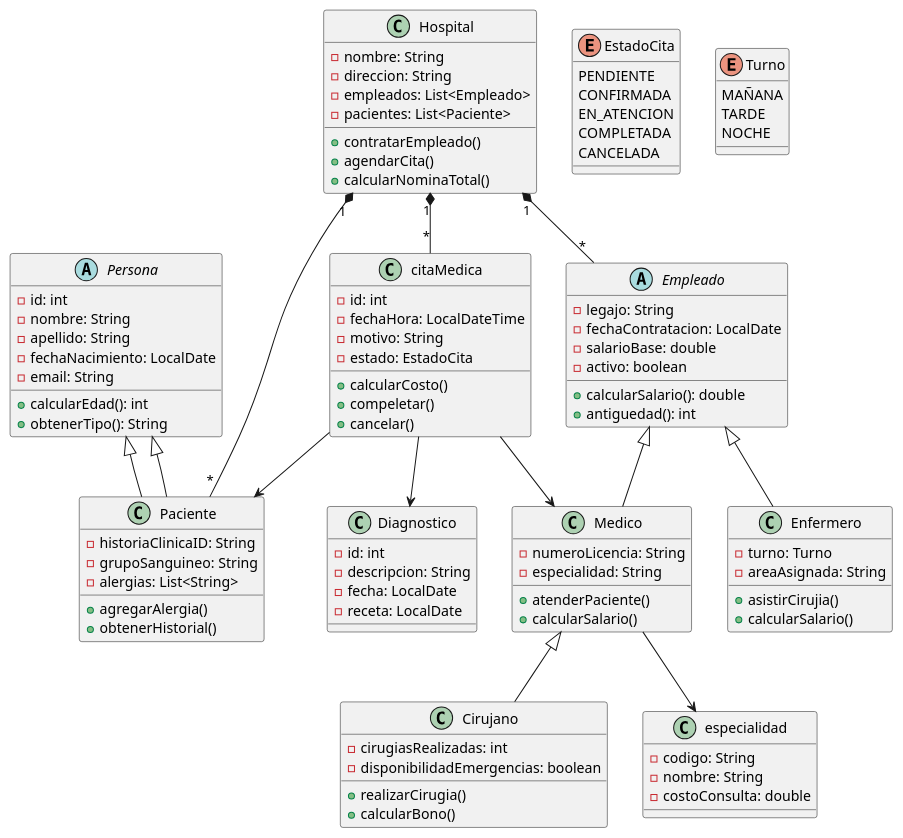
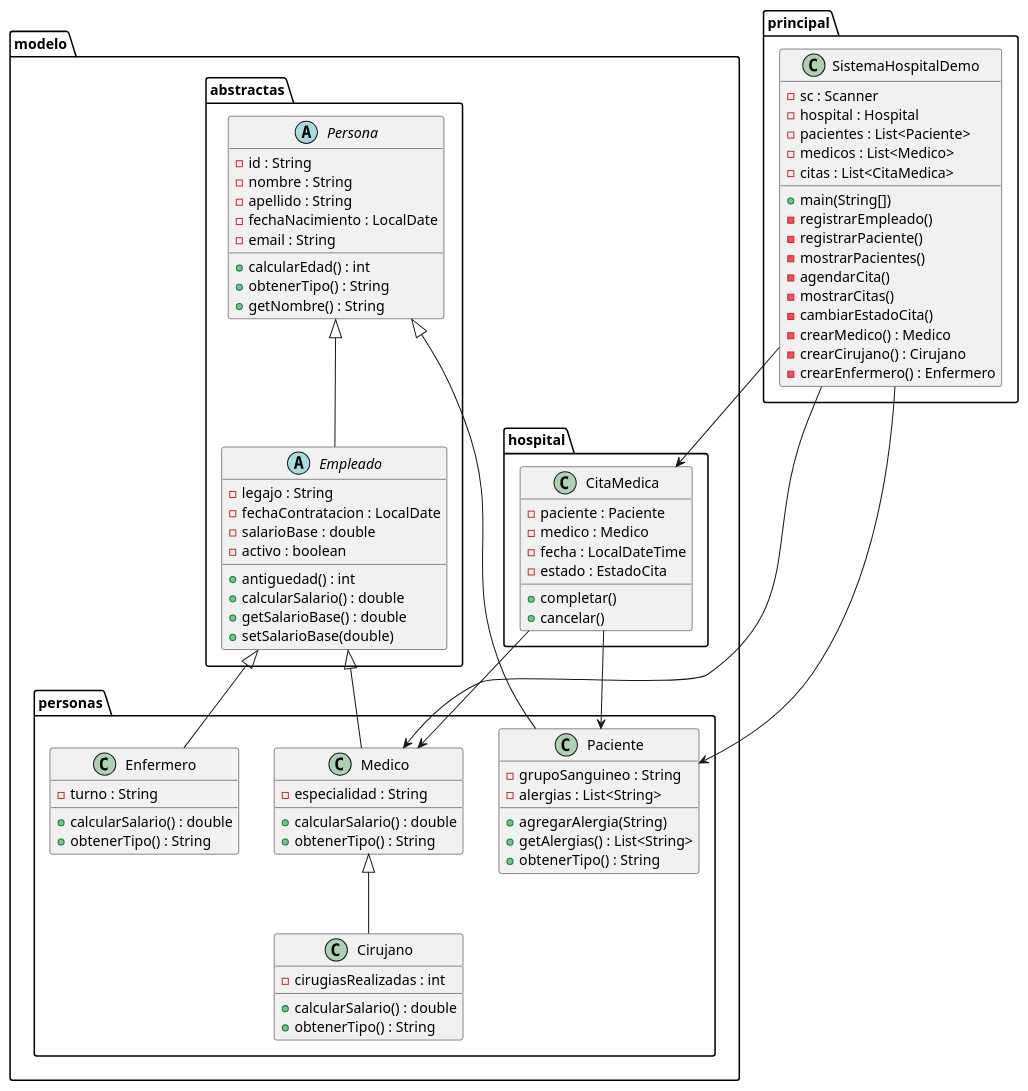
The diagram in Docs/diagrama_clases.puml (hajox1924r-source/TallerProgramacionRUb), drawn with PlantUML before and after one commit.

Commit message:
Corrección final, creo

```diff
--- a/Docs/diagrama_clases.puml
+++ b/Docs/diagrama_clases.puml
@@ -1,133 +1,119 @@
-@startuml de_clases 
+@startuml Diagrama clases 
+
 ' =========================
-' CLASES ABSTRACTAS
+' PAQUETES
 ' =========================
+package modelo.abstractas {
+    
+    abstract class Persona {
+        - id : String
+        - nombre : String
+        - apellido : String
+        - fechaNacimiento : LocalDate
+        - email : String
 
-abstract class Persona {
-    -id: int
-    -nombre: String 
-    -apellido: String
-    -fechaNacimiento: LocalDate
-    -email: String
-    +calcularEdad(): int
-    +obtenerTipo(): String
+        + calcularEdad() : int
+        + obtenerTipo() : String
+        + getNombre() : String
+    }
+
+    abstract class Empleado {
+        - legajo : String
+        - fechaContratacion : LocalDate
+        - salarioBase : double
+        - activo : boolean
+
+        + antiguedad() : int
+        + calcularSalario() : double
+        + getSalarioBase() : double
+        + setSalarioBase(double)
+    }
+
+    Persona <|-- Empleado
 }
 
-abstract class Empleado {
-    -legajo: String
-    -fechaContratacion: LocalDate
-    -salarioBase: double
-    -activo: boolean
-    +calcularSalario(): double
-    +antiguedad(): int
+package modelo.personas {
+
+    class Medico {
+        - especialidad : String
+
+        + calcularSalario() : double
+        + obtenerTipo() : String
+    }
+
+    class Cirujano {
+        - cirugiasRealizadas : int
+
+        + calcularSalario() : double
+        + obtenerTipo() : String
+    }
+
+    class Enfermero {
+        - turno : String
+
+        + calcularSalario() : double
+        + obtenerTipo() : String
+    }
+
+    class Paciente {
+        - grupoSanguineo : String
+        - alergias : List<String>
+
+        + agregarAlergia(String)
+        + getAlergias() : List<String>
+        + obtenerTipo() : String
+    }
+
+    Empleado <|-- Medico
+    Medico <|-- Cirujano
+    Empleado <|-- Enfermero
+    Persona <|-- Paciente
 }
 
-' =========================
-' PERSONAS
-' =========================
+package modelo.hospital {
 
-class Paciente {
-    -historiaClinicaID: String
-    -grupoSanguineo: String
-    -alergias: List<String>
-    +agregarAlergia()
-    +obtenerHistorial()
+    class CitaMedica {
+        - paciente : Paciente
+        - medico : Medico
+        - fecha : LocalDateTime
+        - estado : EstadoCita
+
+        + completar()
+        + cancelar()
+    }
 }
 
-class Medico {
-    -numeroLicencia: String
-    -especialidad: String
-    +atenderPaciente()
-    +calcularSalario()
-}
+package principal {
 
-class Cirujano {
-    -cirugiasRealizadas: int
-    -disponibilidadEmergencias: boolean
-    +realizarCirugia()
-    +calcularBono()
-}
+    class SistemaHospitalDemo {
+        - sc : Scanner
+        - hospital : Hospital
+        - pacientes : List<Paciente>
+        - medicos : List<Medico>
+        - citas : List<CitaMedica>
 
-class Enfermero {
-    -turno: Turno
-    -areaAsignada: String
-    +asistirCirujia()
-    +calcularSalario()
-}
-
-' =========================
-' HOSPITAL
-' =========================
-
-class Hospital {
-    -nombre: String 
-    -direccion: String
-    -empleados: List<Empleado>
-    -pacientes: List<Paciente>
-    +contratarEmpleado()
-    +agendarCita()
-    +calcularNominaTotal()
-}
-
-class citaMedica {
-    -id: int
-    -fechaHora: LocalDateTime
-    -motivo: String
-    -estado: EstadoCita
-    +calcularCosto()
-    +compeletar()
-    +cancelar()
-}
-
-class Diagnostico {
-    -id: int
-    -descripcion: String
-    -fecha: LocalDate
-    -receta: LocalDate
-}
-
-class especialidad {
-    -codigo: String
-    -nombre: String
-    -costoConsulta: double
-}
-
-' =========================
-' ENUMS
-' =========================
-
-enum EstadoCita {
-    PENDIENTE
-    CONFIRMADA
-    EN_ATENCION
-    COMPLETADA
-    CANCELADA
-}
-
-enum Turno {
-    MAÑANA
-    TARDE
-    NOCHE
+        + main(String[]) 
+        - registrarEmpleado()
+        - registrarPaciente()
+        - mostrarPacientes()
+        - agendarCita()
+        - mostrarCitas()
+        - cambiarEstadoCita()
+        - crearMedico() : Medico
+        - crearCirujano() : Cirujano
+        - crearEnfermero() : Enfermero
+    }
 }
 
 ' =========================
 ' RELACIONES
 ' =========================
 
-Persona <|-- Paciente
-Persona <|-- Paciente
-Empleado <|-- Medico
-Medico <|-- Cirujano
-Empleado <|-- Enfermero
+CitaMedica --> Paciente
+CitaMedica --> Medico
 
-Hospital "1" *-- "*" Empleado
-Hospital "1" *-- "*" Paciente
-Hospital "1" *-- "*" citaMedica
-
-citaMedica --> Paciente 
-citaMedica --> Medico
-citaMedica --> Diagnostico
-
-Medico --> especialidad
+SistemaHospitalDemo --> Paciente
+SistemaHospitalDemo --> Medico
+SistemaHospitalDemo --> CitaMedica
 
 @enduml
```
